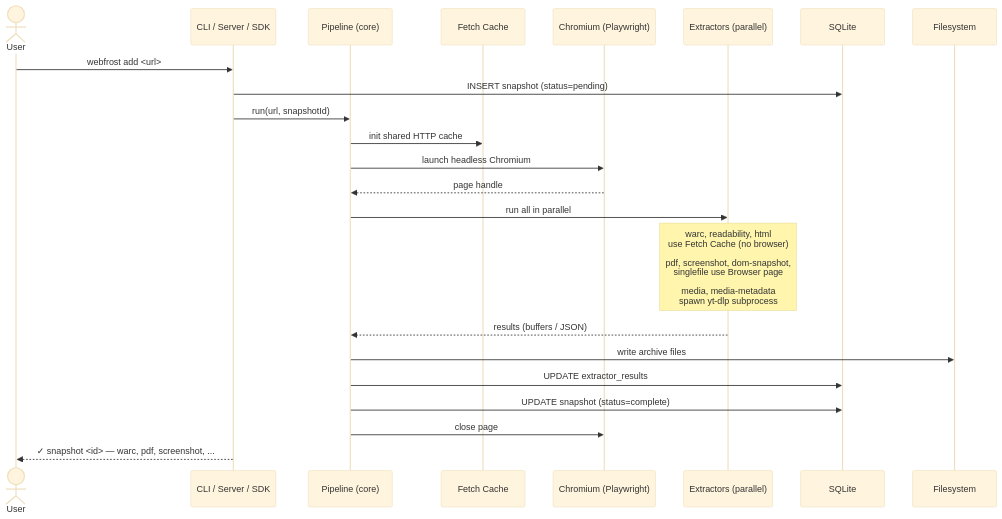
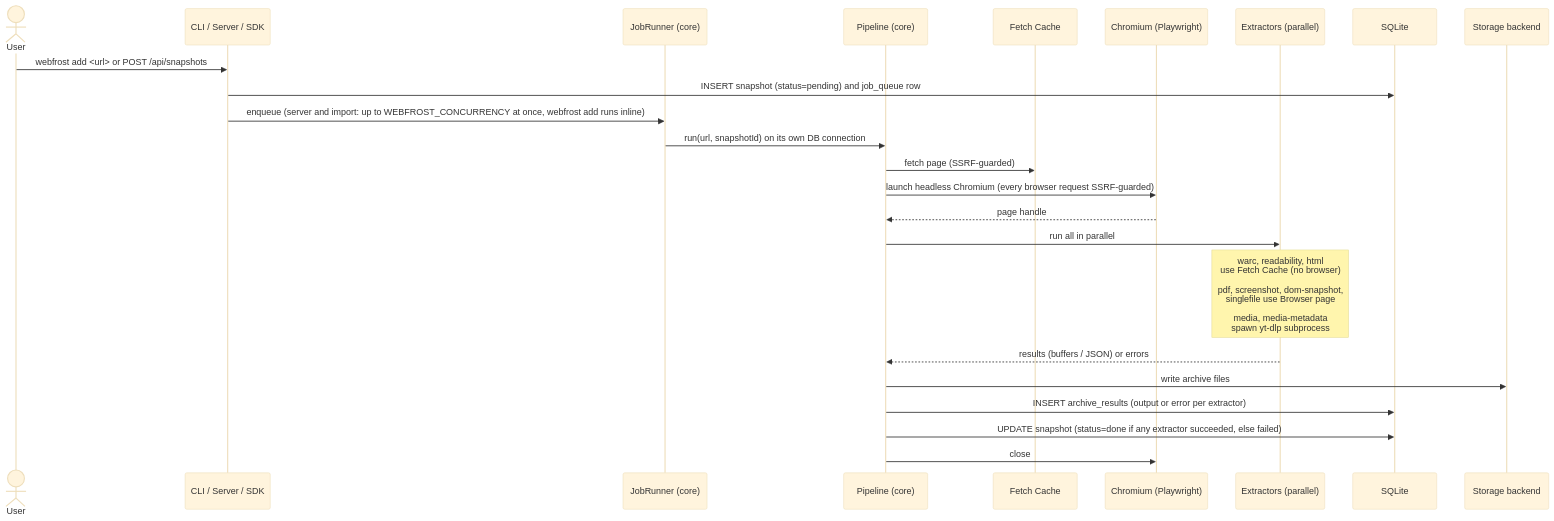
Before and after one commit to gtkatakura/webfrost: the diagram in docs/diagrams/sequences/archive-pipeline.mmd, drawn with Mermaid (base theme). The commit also changed 55 other files, not shown here.

```diff
--- a/docs/diagrams/sequences/archive-pipeline.mmd
+++ b/docs/diagrams/sequences/archive-pipeline.mmd
@@ -1,29 +1,29 @@
 sequenceDiagram
   actor User
   participant CLI as CLI / Server / SDK
+  participant Runner as JobRunner (core)
   participant Pipeline as Pipeline (core)
   participant Cache as Fetch Cache
   participant Browser as Chromium (Playwright)
   participant Extractors as Extractors (parallel)
   participant DB as SQLite
-  participant FS as Filesystem
+  participant FS as Storage backend
 
-  User->>CLI: webfrost add <url>
-  CLI->>DB: INSERT snapshot (status=pending)
-  CLI->>Pipeline: run(url, snapshotId)
+  User->>CLI: webfrost add <url> or POST /api/snapshots
+  CLI->>DB: INSERT snapshot (status=pending) and job_queue row
+  CLI->>Runner: enqueue (server and import: up to WEBFROST_CONCURRENCY at once, webfrost add runs inline)
+  Runner->>Pipeline: run(url, snapshotId) on its own DB connection
 
-  Pipeline->>Cache: init shared HTTP cache
-  Pipeline->>Browser: launch headless Chromium
+  Pipeline->>Cache: fetch page (SSRF-guarded)
+  Pipeline->>Browser: launch headless Chromium (every browser request SSRF-guarded)
   Browser-->>Pipeline: page handle
 
   Pipeline->>Extractors: run all in parallel
   note over Extractors: warc, readability, html<br/>use Fetch Cache (no browser)<br/><br/>pdf, screenshot, dom-snapshot,<br/>singlefile use Browser page<br/><br/>media, media-metadata<br/>spawn yt-dlp subprocess
 
-  Extractors-->>Pipeline: results (buffers / JSON)
+  Extractors-->>Pipeline: results (buffers / JSON) or errors
 
   Pipeline->>FS: write archive files
-  Pipeline->>DB: UPDATE extractor_results
-  Pipeline->>DB: UPDATE snapshot (status=complete)
-  Pipeline->>Browser: close page
-
-  CLI-->>User: ✓ snapshot <id> — warc, pdf, screenshot, ...
+  Pipeline->>DB: INSERT archive_results (output or error per extractor)
+  Pipeline->>DB: UPDATE snapshot (status=done if any extractor succeeded, else failed)
+  Pipeline->>Browser: close
```
